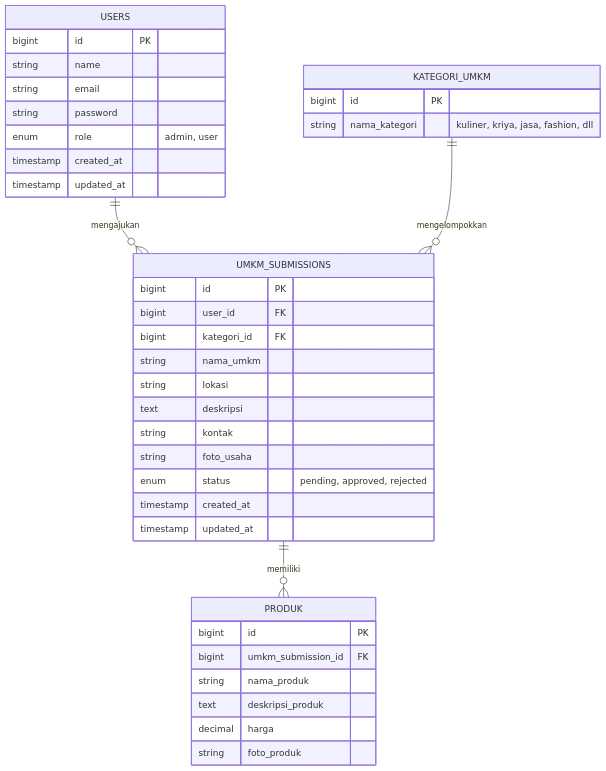
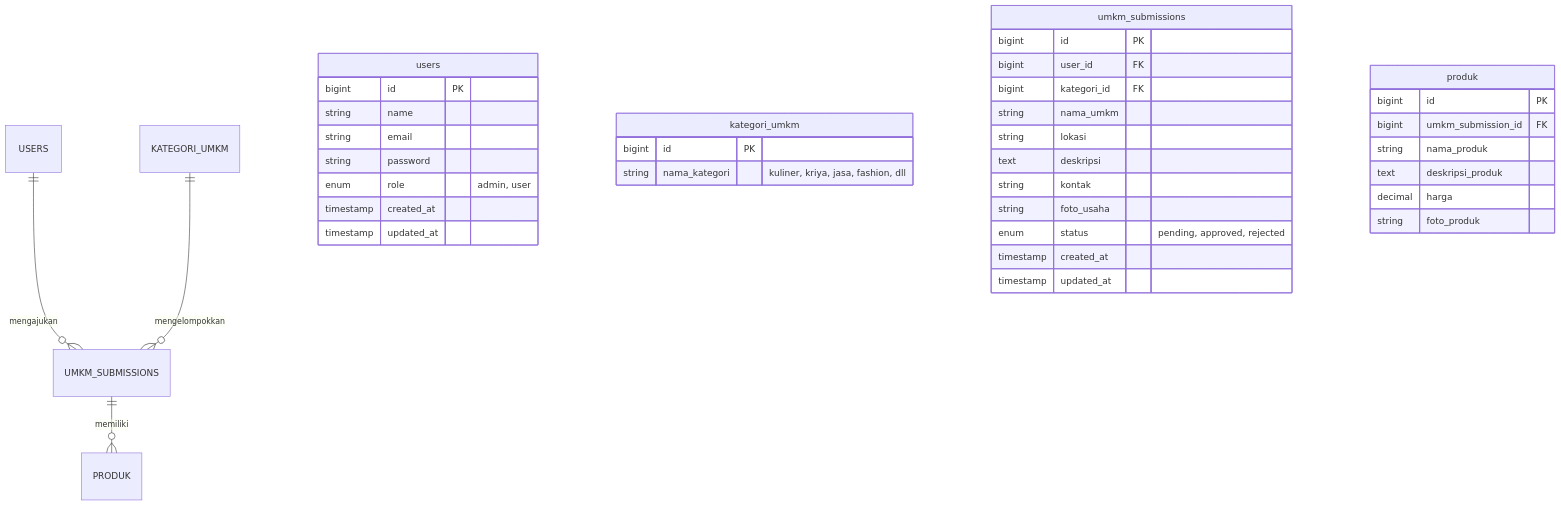
The diagram in README.md (ZebusPOG/izzaAndFriends), drawn with Mermaid before and after one commit.

Commit message:
Update database schema notation in README.md

````diff
--- a/README.md
+++ b/README.md
@@ -55,44 +55,44 @@
 ```mermaid
 erDiagram
     USERS ||--o{ UMKM_SUBMISSIONS : mengajukan
     KATEGORI_UMKM ||--o{ UMKM_SUBMISSIONS : mengelompokkan
     UMKM_SUBMISSIONS ||--o{ PRODUK : memiliki
 
-    USERS {
+    users {
         bigint id PK
         string name
         string email
         string password
         enum role "admin, user"
         timestamp created_at
         timestamp updated_at
     }
 
-    KATEGORI_UMKM {
+    kategori_umkm {
         bigint id PK
         string nama_kategori "kuliner, kriya, jasa, fashion, dll"
     }
 
-    UMKM_SUBMISSIONS {
+    umkm_submissions {
         bigint id PK
         bigint user_id FK
         bigint kategori_id FK
         string nama_umkm
         string lokasi
         text deskripsi
         string kontak
         string foto_usaha
         enum status "pending, approved, rejected"
         timestamp created_at
         timestamp updated_at
     }
 
-    PRODUK {
+    produk {
         bigint id PK
         bigint umkm_submission_id FK
         string nama_produk
         text deskripsi_produk
         decimal harga
         string foto_produk
     }
 ```
````
